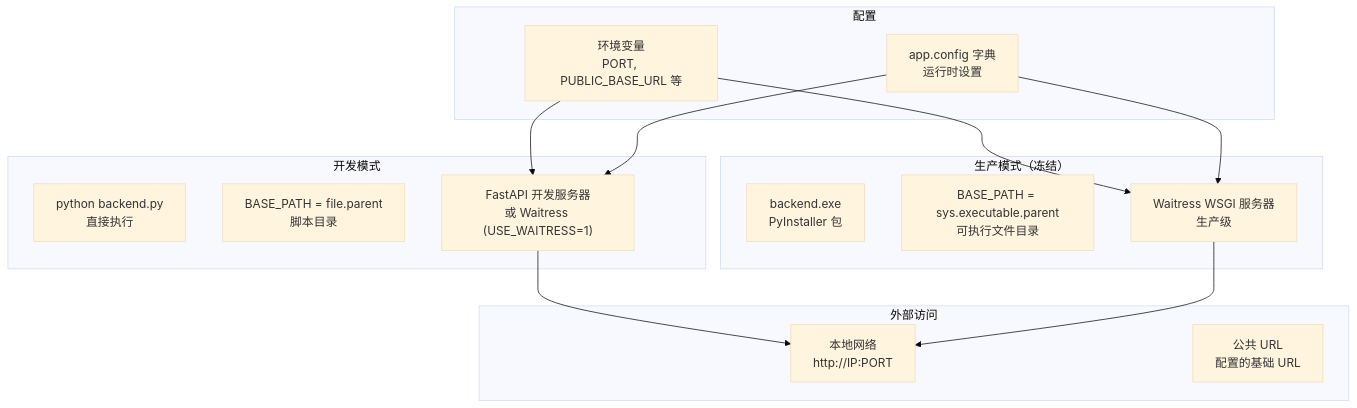
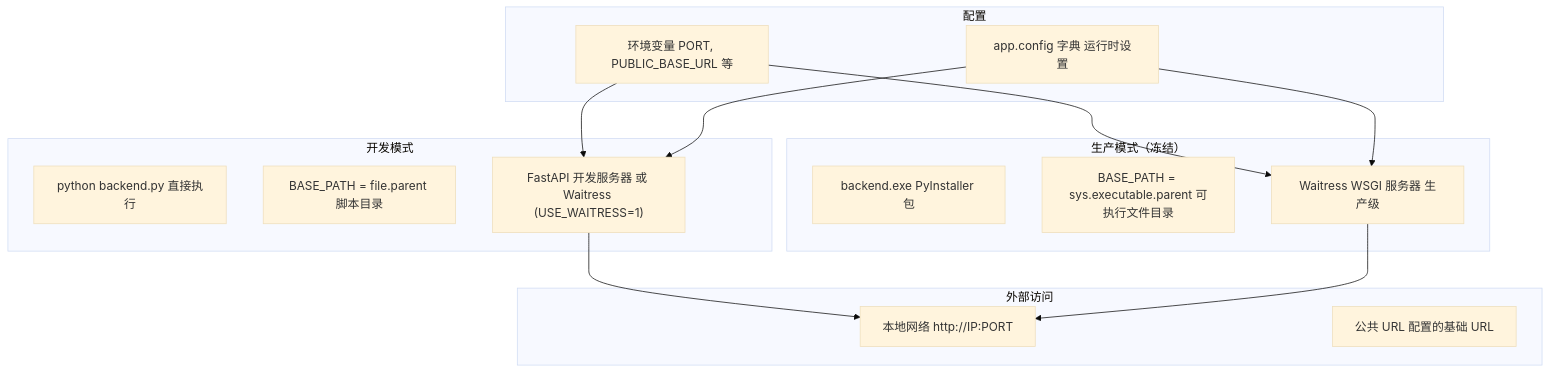
Before and after one commit to HKLHaoBin/LyricSphere: diagram 18 of 44 in README.md, drawn with Mermaid (base theme). The commit also changed other lines of this file, not shown here.

Commit message:
docs: 更新README中的流程图文本格式

````diff
--- a/README.md
+++ b/README.md
@@ -1234,42 +1234,42 @@
 ```mermaid
 flowchart TD
-    DevScript["python backend.py\n直接执行"]
-    DevPath["BASE_PATH = file.parent\n脚本目录"]
-    DevServer["FastAPI 开发服务器\n或 Waitress (USE_WAITRESS=1)"]
-    FrozenExe["backend.exe\nPyInstaller 包"]
-    FrozenPath["BASE_PATH = sys.executable.parent\n可执行文件目录"]
-    WaitressServer["Waitress WSGI 服务器\n生产级"]
-    EnvVars["环境变量\nPORT, PUBLIC_BASE_URL 等"]
-    ConfigDict["app.config 字典\n运行时设置"]
-    LocalNetwork["本地网络\nhttp://IP:PORT"]
-    PublicURL["公共 URL\n配置的基础 URL"]
+    DevScript["python backend.py 直接执行"]
+    DevPath["BASE_PATH = file.parent 脚本目录"]
+    DevServer["FastAPI 开发服务器 或 Waitress (USE_WAITRESS=1)"]
+    FrozenExe["backend.exe PyInstaller 包"]
+    FrozenPath["BASE_PATH = sys.executable.parent 可执行文件目录"]
+    WaitressServer["Waitress WSGI 服务器 生产级"]
+    EnvVars["环境变量 PORT, PUBLIC_BASE_URL 等"]
+    ConfigDict["app.config 字典 运行时设置"]
+    LocalNetwork["本地网络 http://IP:PORT"]
+    PublicURL["公共 URL 配置的基础 URL"]
 
     EnvVars --> DevServer
     EnvVars --> WaitressServer
     ConfigDict --> DevServer
     ConfigDict --> WaitressServer
     DevServer --> LocalNetwork
     WaitressServer --> LocalNetwork
 
     subgraph ExternalAccess[外部访问]
         LocalNetwork
         PublicURL
     end
 
     subgraph Configuration[配置]
         EnvVars
         ConfigDict
     end
 
     subgraph ProductionMode[生产模式（冻结）]
         FrozenExe
         FrozenPath
         WaitressServer
     end
 
     subgraph DevelopmentMode[开发模式]
         DevScript
         DevPath
         DevServer
     end
 ```
````
